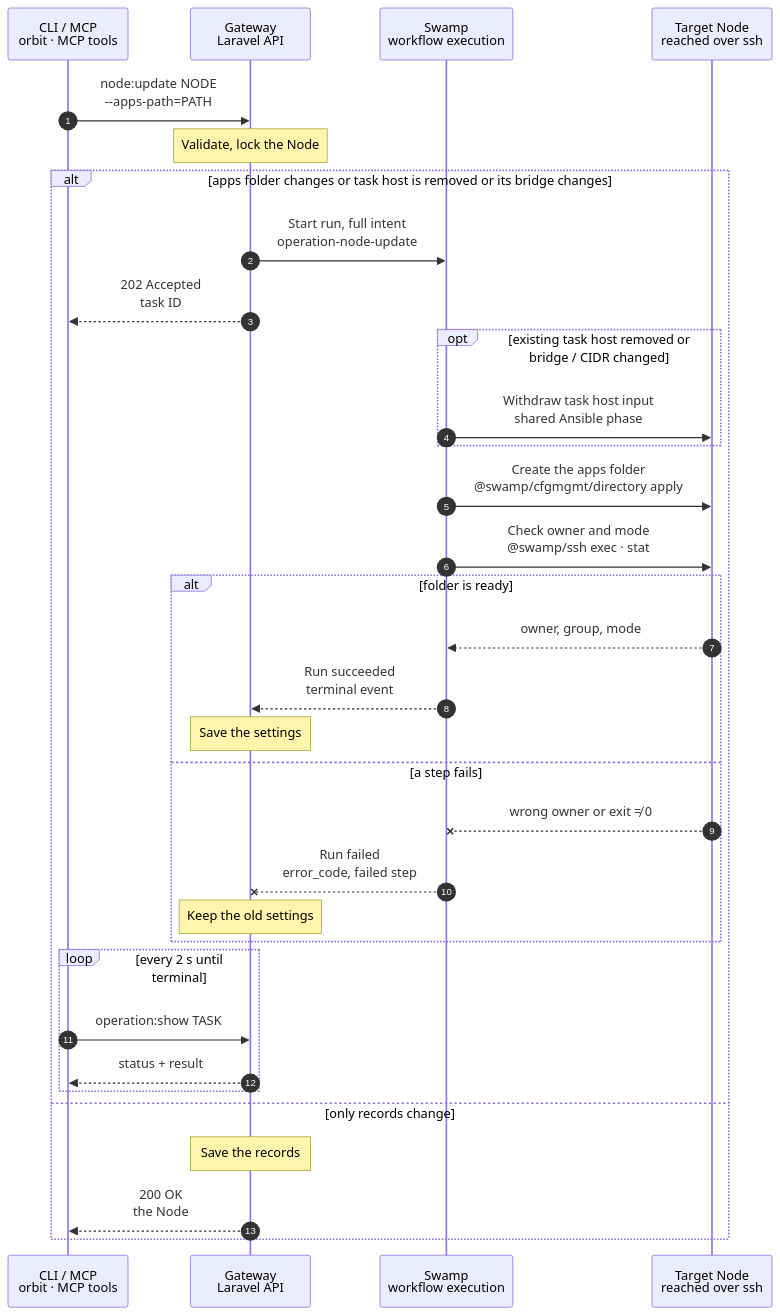
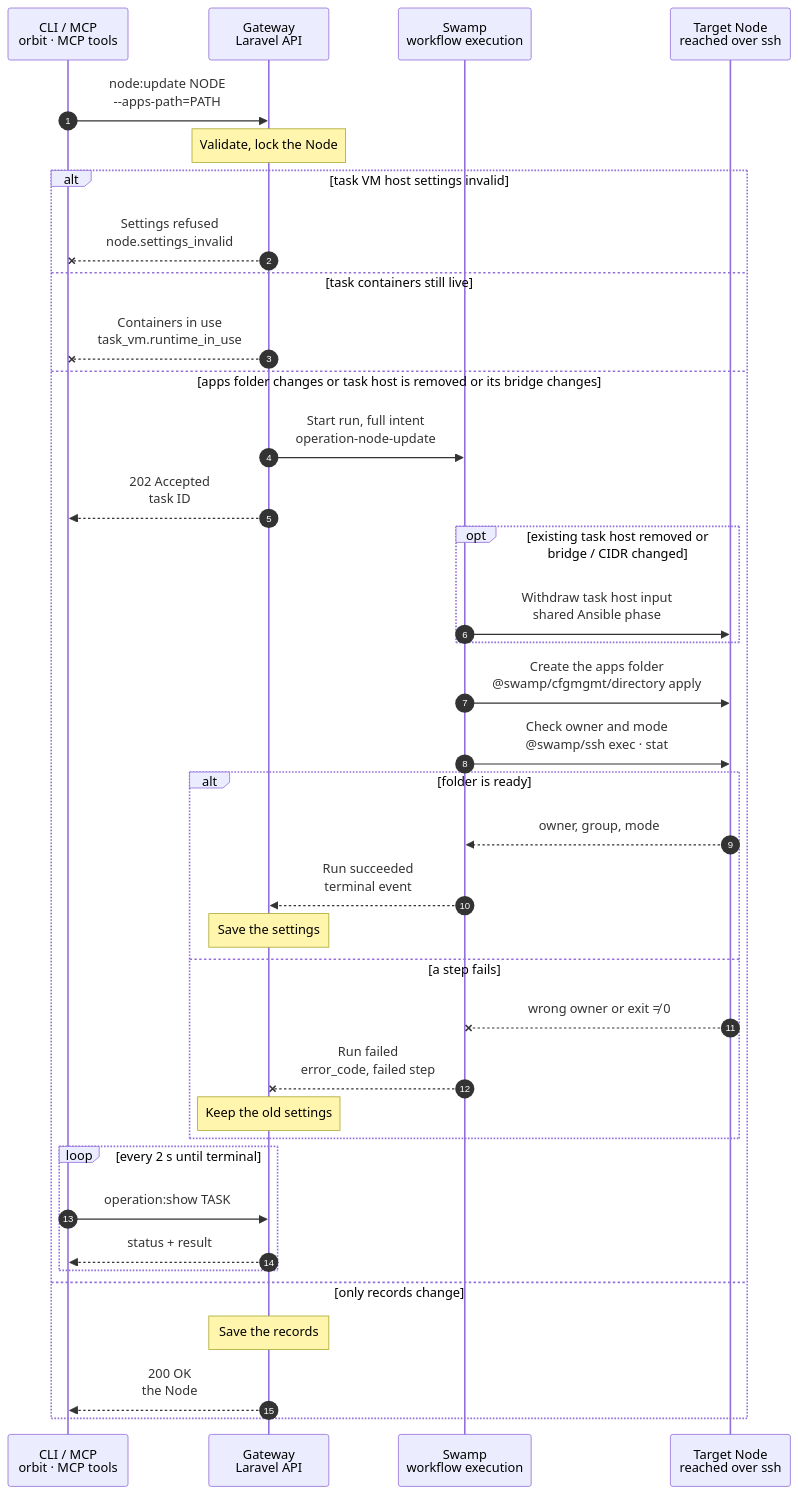
The diagram in docs/cli/node/update.mmd (hardimpactdev/orbit), drawn with Mermaid before and after one commit. The commit also changed 6 other files, not shown here.

First line of the commit message:
docs: specify the task container setting and its places (node:update)

```diff
--- a/docs/cli/node/update.mmd
+++ b/docs/cli/node/update.mmd
@@ -1,97 +1,119 @@
 sequenceDiagram
   %% Target design: ADR 0244 task, task-host input withdrawal and apps.path are Node work, one node:update. docs/reference/node-settings.md.
-  %% status: reviewed
+  %% status: draft
   %% command: node:update
   %% kind: node.update
   autonumber
   %% lane CLI icon=terminal pill=caller tone=gray
   %% lane GW icon=gateway pill=intent tone=blue
   %% lane SW icon=workflow pill=executes tone=green
   %% lane N icon=server pill=target tone=amber
   participant CLI as CLI / MCP<br/>orbit · MCP tools
   participant GW as Gateway<br/>Laravel API
   participant SW as Swamp<br/>workflow execution
   participant N as Target Node<br/>reached over ssh
+  %% path: main
   CLI->>GW: node:update NODE<br/>--apps-path=PATH
   %%> Command:
   %%> - `orbit node:update NODE --apps-path=PATH`
   %%> - syntax: `<node> [--name=NAME] [--platform=PLATFORM] [--apps-path=PATH] [--task-vms=JSON] [--json]`
   %%> Input:
   %%> - the Node, and at least one setting to change
   %%> - an apps-folder change or withdrawal of existing task-host input rules needs Node work; other changes are records
   %%> - an empty value unsets a setting: `--apps-path=` unsets the folder, `--task-vms=null` removes the task VM host settings
   %%> Who can call it:
   %%> - the `orbit` CLI and the MCP tool send the same request
   Note over GW: Validate, lock the Node
   %%> Requirements:
   %%> - the calling Node has an access grant to the target Node
   %%> - `task_vms.task_places` and `task_vms.ci_places` are separate VM counts from 0 to 64; one live VM holds one place until deletion is confirmed
+  %%> - the optional `task_vms.containers` member has its own `task_places` and `ci_places`, counted apart from the VM places, and its own Incus project, bridge and CIDR
   %%> - lowering either count removes no claim; task work and operator proofs share FIFO task admission, while authenticated CI proofs and base refresh use CI places
   %%> - every value passes the checks that the Node settings reference lists; a failed check changes nothing
   %%> - no other lifecycle change runs for the target; the Gateway holds the Node's name lock, and the new name's lock for a rename
   %%> Decides:
   %%> - whether the apps folder changes and needs Node work, so a run starts
-  alt apps folder changes or task host is removed or its bridge changes
+  alt task VM host settings invalid
+    %% path: settings-refused
+    GW--xCLI: Settings refused<br/>node.settings_invalid
+    %%> When:
+    %%> - a field fails its check, or a bridge of the host overlaps the VPN subnet, another bridge of the host, or a bridge of another host
+    %%> - `containers` uses the host's VM project or bridge name
+    %%> Result:
+    %%> - nothing changes and no run starts
+  else task containers still live
+    %% path: runtime-in-use
+    GW--xCLI: Containers in use<br/>task_vm.runtime_in_use
+    %%> When:
+    %%> - the request removes `containers`, or changes its `project`, `network` or `cidr`, while the host has a task container that is not destroyed
+    %%> Result:
+    %%> - nothing changes; change the container side after its containers are released
+  else apps folder changes or task host is removed or its bridge changes
+    %% path: node-work
     GW->>SW: Start run, full intent<br/>operation-node-update
     %%> Inputs:
     %%> - the new apps folder, and the managed user and group that must own it
     %%> - the target's address and SSH host keys; the SSH identity comes from the `swamp` role
     %%> Not stored yet:
     %%> - the settings stay unchanged until the run succeeds; a new name or platform in the same request is saved at once
     %%> Unsetting on a Node with an active `app-dev` role:
     %%> - prepares the default folder, `<managed-user-home>/apps`
     GW-->>CLI: 202 Accepted<br/>task ID
     %%> What you get:
     %%> - the task ID, at once
     %%> Next:
     %%> - the CLI follows the task with `operation:show`
     opt existing task host removed or bridge / CIDR changed
+      %% path: withdraw-input
       SW->>N: Withdraw task host input<br/>shared Ansible phase
       %%> What it does:
       %%> - removes only rules with the three catalog-owned task-host input comments, including duplicates and IPv6 rows
       %%> - reads the firewall again and asserts none remain; failure keeps the stored settings
     end
     SW->>N: Create the apps folder<br/>@swamp/cfgmgmt/directory apply
     %%> What it does:
     %%> - only when an apps-folder change needs preparation: creates the folder and any missing folders above it
     %%> - gives it the managed user and group and mode `0755`
     %%> Not included:
     %%> - existing Instances don't move; new development Instances use the new folder
     SW->>N: Check owner and mode<br/>@swamp/ssh exec · stat
     %%> Why:
     %%> - it is the one end check: a real folder of the managed user and group, mode 0755
     alt folder is ready
+      %% path: folder-ready
       N-->>SW: owner, group, mode
       SW-->>GW: Run succeeded<br/>terminal event
       %%> How the Gateway learns it:
       %%> - its shared run reader sees the terminal event; Swamp never calls the Gateway
       Note over GW: Save the settings
       %%> Result:
       %%> - the apps folder is set, and any task VM host change in the same request is saved with it
       %%> - the task succeeds
     else a step fails
+      %% path: run-failed
       N--xSW: wrong owner or exit ≠ 0
       %%> When:
       %%> - the folder can't be created, a file is in the way, or the check doesn't match
       SW--xGW: Run failed<br/>error_code, failed step
       Note over GW: Keep the old settings
       %%> Result:
       %%> - the settings stay unchanged and the task fails
       %%> On the Node:
       %%> - folders created before the failure stay; an empty folder is harmless and there is no rollback
       %%> Retry:
       %%> - run the same command again after fixing the cause; it is a new task
     end
     loop every 2 s until terminal
       CLI->>GW: operation:show TASK
       GW-->>CLI: status + result
     end
   else only records change
+    %% path: records
     Note over GW: Save the records
     %%> What it does:
     %%> - saves the name, platform or task VM host settings at once when no apps preparation or task-host input withdrawal is needed; no Node is contacted
     %%> Skipped:
     %%> - when every value equals the stored one, nothing is written and the result reports `Skipped — already set (node.unchanged)`
     %%> - the skip reason is part of the successful result in human and machine output, not an error
     GW-->>CLI: 200 OK<br/>the Node
   end
```
